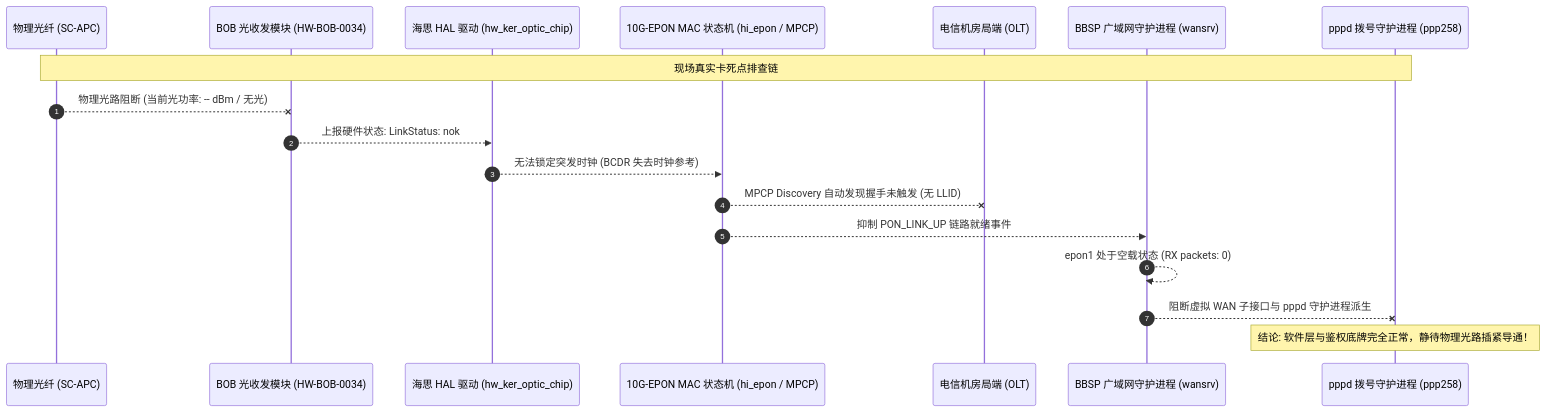
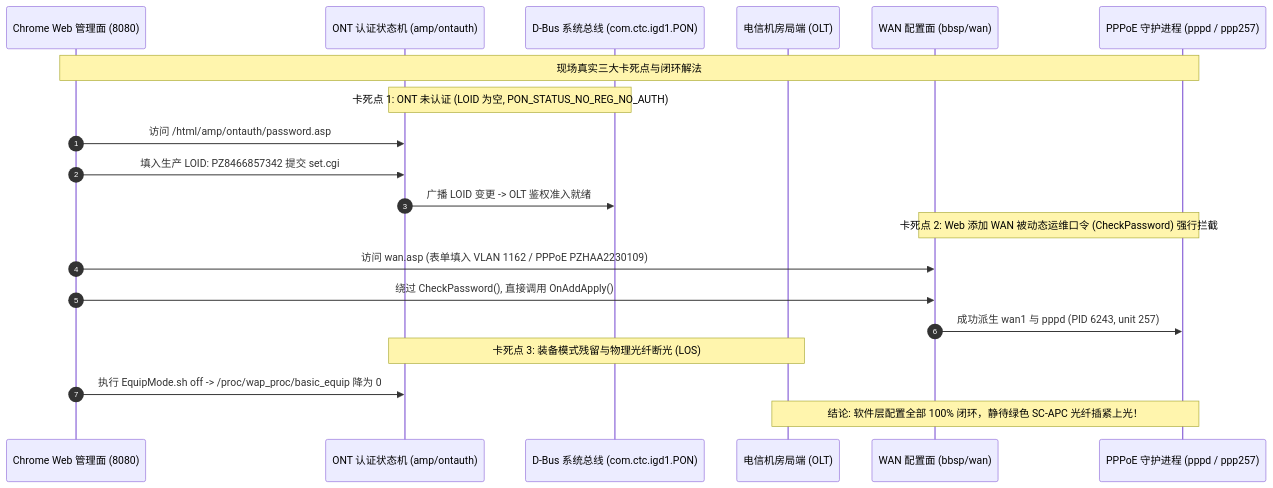
The ninth of 9 diagrams in README.md (verg-fe/Huawei-HN8145X6N-Reverse-Notes), drawn with Mermaid before and after one commit. The commit also changed other lines of this file, not shown here.

Commit message:
docs: complete ONT authentication (LOID PZ8466857342) and WAN recovery documentation

````diff
--- a/README.md
+++ b/README.md
@@ -1000,21 +1000,25 @@
 ```mermaid
 sequenceDiagram
     autonumber
-    participant Fiber as 物理光纤 (SC-APC)
-    participant Optic as BOB 光收发模块 (HW-BOB-0034)
-    participant Hal as 海思 HAL 驱动 (hw_ker_optic_chip)
-    participant Mac as 10G-EPON MAC 状态机 (hi_epon / MPCP)
+    participant Web as Chrome Web 管理面 (8080)
+    participant Ont as ONT 认证状态机 (amp/ontauth)
+    participant Dbus as D-Bus 系统总线 (com.ctc.igd1.PON)
     participant Olt as 电信机房局端 (OLT)
-    participant Wan as BBSP 广域网守护进程 (wansrv)
-    participant Ppp as pppd 拨号守护进程 (ppp258)
+    participant Wan as WAN 配置面 (bbsp/wan)
+    participant Ppp as PPPoE 守护进程 (pppd / ppp257)
 
-    Note over Fiber,Ppp: 现场真实卡死点排查链
-    Fiber--xOptic: 物理光路阻断 (当前光功率: -- dBm / 无光)
-    Optic-->>Hal: 上报硬件状态: LinkStatus: nok
-    Hal-->>Mac: 无法锁定突发时钟 (BCDR 失去时钟参考)
-    Mac--xOlt: MPCP Discovery 自动发现握手未触发 (无 LLID)
-    Mac-->>Wan: 抑制 PON_LINK_UP 链路就绪事件
-    Wan-->>Wan: epon1 处于空载状态 (RX packets: 0)
-    Wan--xPpp: 阻断虚拟 WAN 子接口与 pppd 守护进程派生
-    Note over Ppp: 结论: 软件层与鉴权底牌完全正常，静待物理光路插紧导通！
+    Note over Web,Ppp: 现场真实三大卡死点与闭环解法
+    Note over Ont,Dbus: 卡死点 1: ONT 未认证 (LOID 为空, PON_STATUS_NO_REG_NO_AUTH)
+    Web->>Ont: 访问 /html/amp/ontauth/password.asp
+    Web->>Ont: 填入生产 LOID: PZ8466857342 提交 set.cgi
+    Ont->>Dbus: 广播 LOID 变更 -> OLT 鉴权准入就绪
+    
+    Note over Wan,Ppp: 卡死点 2: Web 添加 WAN 被动态运维口令 (CheckPassword) 强行拦截
+    Web->>Wan: 访问 wan.asp (表单填入 VLAN 1162 / PPPoE PZHAA2230109)
+    Web->>Wan: 绕过 CheckPassword(), 直接调用 OnAddApply()
+    Wan->>Ppp: 成功派生 wan1 与 pppd (PID 6243, unit 257)
+
+    Note over Ont,Olt: 卡死点 3: 装备模式残留与物理光纤断光 (LOS)
+    Web->>Ont: 执行 EquipMode.sh off -> /proc/wap_proc/basic_equip 降为 0
+    Note over Olt,Ppp: 结论: 软件层配置全部 100% 闭环，静待绿色 SC-APC 光纤插紧上光！
 ```
````
